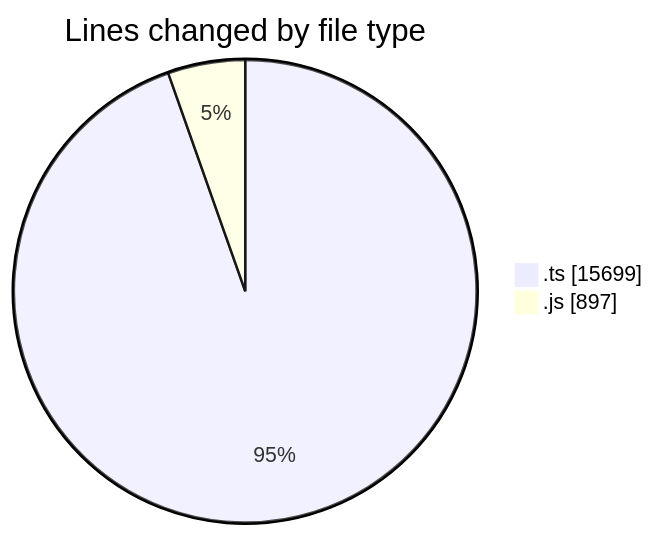
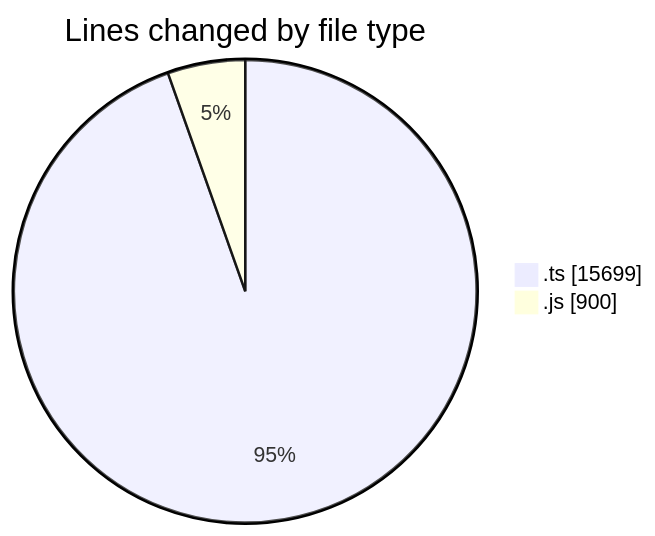
Before and after one commit to momahboobian/code-tracking: the first of 2 diagrams in 2026-02-05/cda/README.md, drawn with Mermaid. The commit also changed other lines of this file and 1 other file, not shown here.

````diff
--- a/2026-02-05/cda/README.md
+++ b/2026-02-05/cda/README.md
@@ -24,6 +24,6 @@
 ```mermaid
 pie showData
 title Lines changed by file type
 ".ts" : 15699
-".js" : 897
+".js" : 900
 ```
````
